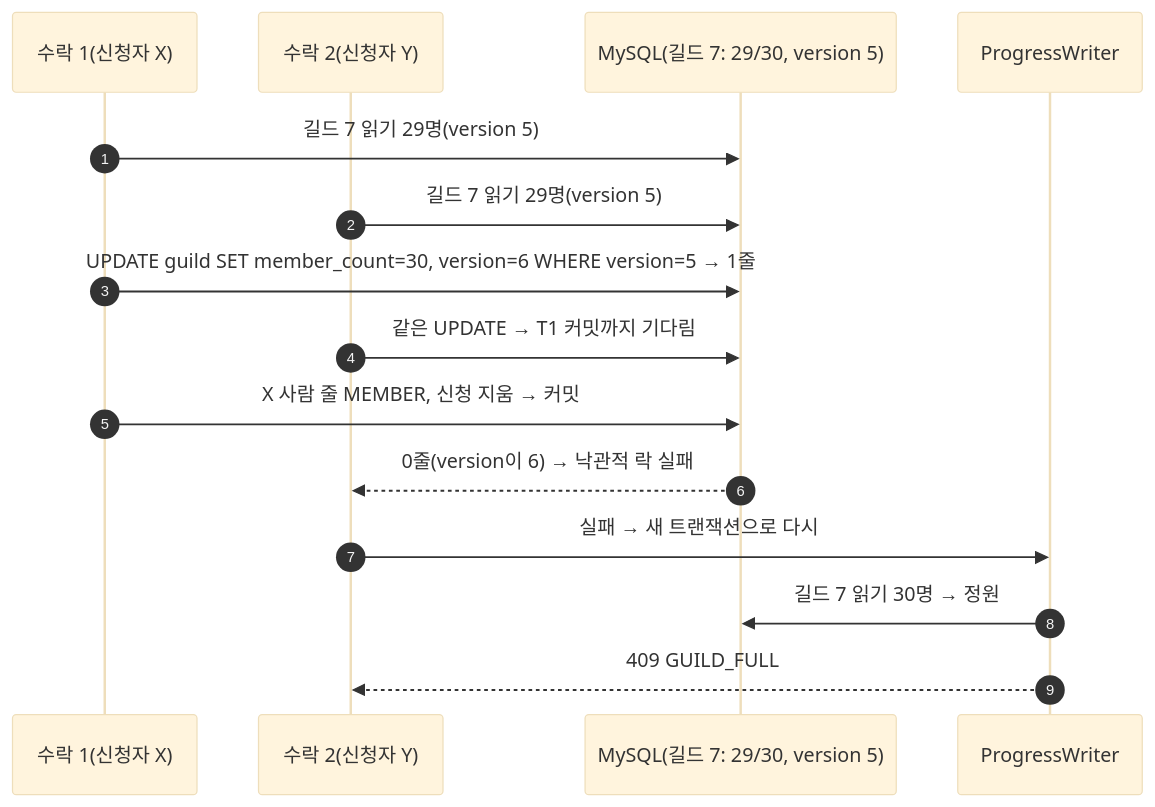
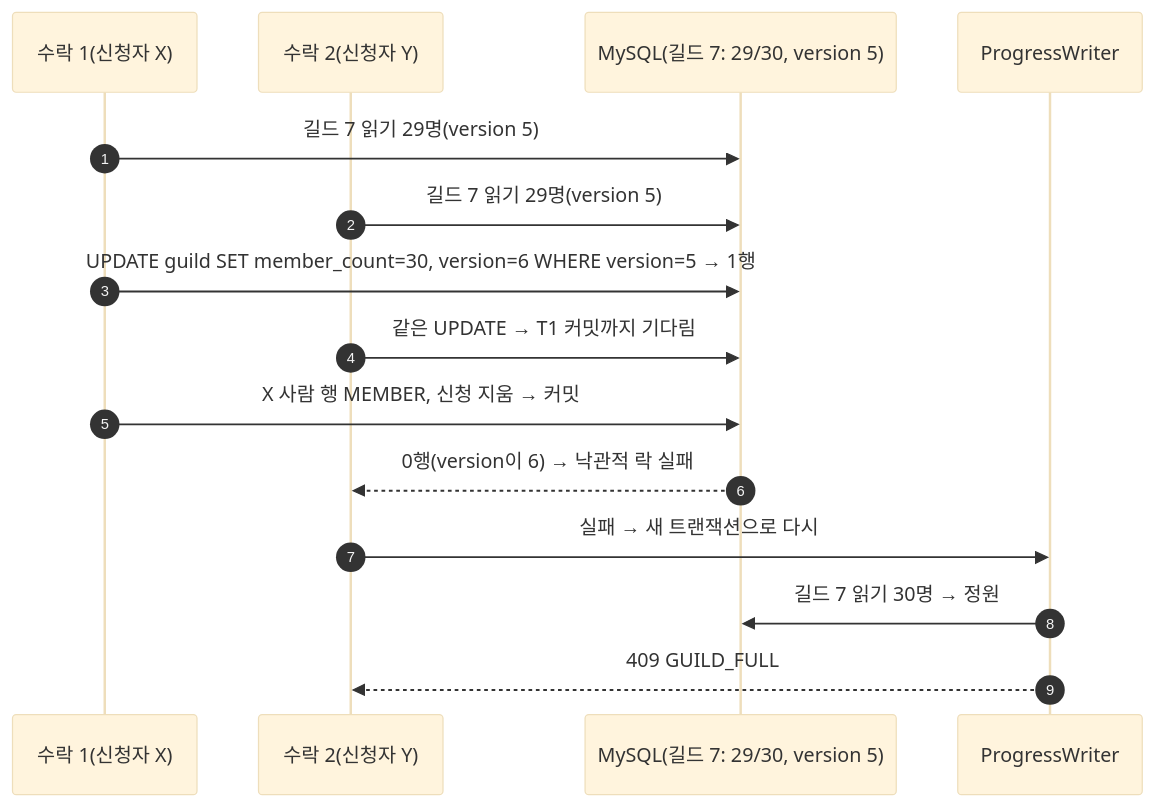
Before and after one commit to NBCGameServerCamp09Team01/PW01: the seventh of 8 diagrams in docs/flows/guild.md, drawn with Mermaid (base theme). The commit also changed other lines of this file and 6 other files, not shown here.

````diff
--- a/docs/flows/guild.md
+++ b/docs/flows/guild.md
@@ -183,18 +188,18 @@
 ```mermaid
 sequenceDiagram
   autonumber
   participant T1 as 수락 1(신청자 X)
   participant T2 as 수락 2(신청자 Y)
   participant DB as MySQL(길드 7: 29/30, version 5)
   participant W as ProgressWriter
 
   T1->>DB: 길드 7 읽기 29명(version 5)
   T2->>DB: 길드 7 읽기 29명(version 5)
-  T1->>DB: UPDATE guild SET member_count=30, version=6 WHERE version=5 → 1줄
+  T1->>DB: UPDATE guild SET member_count=30, version=6 WHERE version=5 → 1행
   T2->>DB: 같은 UPDATE → T1 커밋까지 기다림
-  T1->>DB: X 사람 줄 MEMBER, 신청 지움 → 커밋
-  DB-->>T2: 0줄(version이 6) → 낙관적 락 실패
+  T1->>DB: X 사람 행 MEMBER, 신청 지움 → 커밋
+  DB-->>T2: 0행(version이 6) → 낙관적 락 실패
   T2->>W: 실패 → 새 트랜잭션으로 다시
   W->>DB: 길드 7 읽기 30명 → 정원
   W-->>T2: 409 GUILD_FULL
 ```
````
